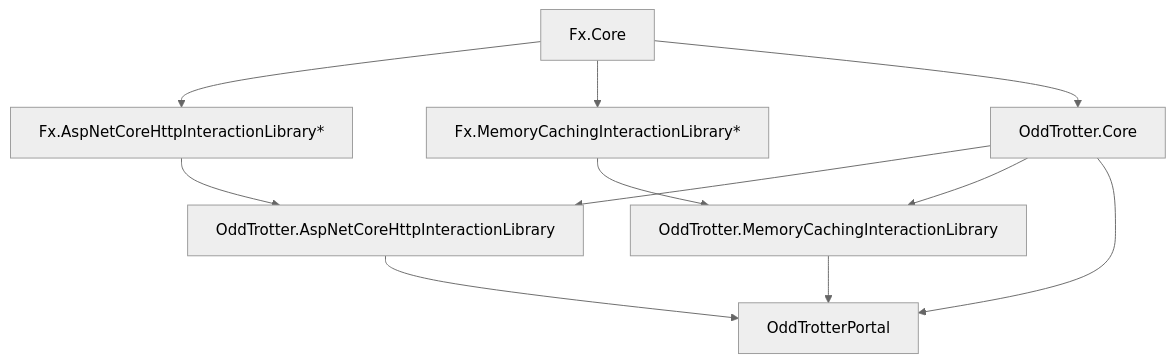
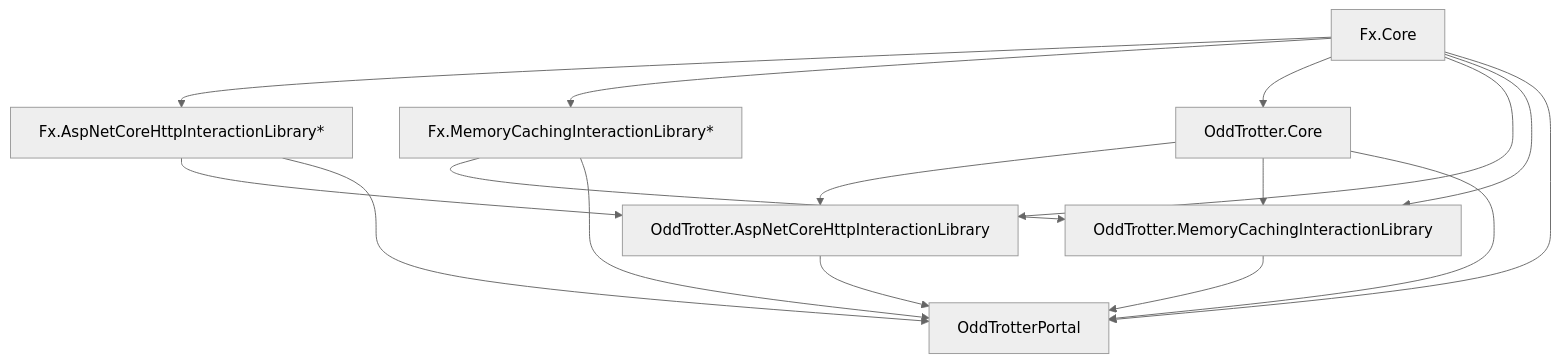
The diagram in dependencies.md (ravudet/OddTrotter2), drawn with Mermaid (neutral theme) before and after one commit.

````diff
--- a/dependencies.md
+++ b/dependencies.md
@@ -14,15 +14,23 @@
 ```mermaid
 graph TD;
     Fx.Core-->Fx.AspNetCoreHttpInteractionLibrary*;
 
     Fx.Core-->Fx.MemoryCachingInteractionLibrary*;
 
     Fx.Core-->OddTrotter.Core;
+
+    Fx.Core-->OddTrotter.AspNetCoreHttpInteractionLibrary;
+    OddTrotter.Core-->OddTrotter.AspNetCoreHttpInteractionLibrary;
     Fx.AspNetCoreHttpInteractionLibrary*-->OddTrotter.AspNetCoreHttpInteractionLibrary;
+
+    Fx.Core-->OddTrotter.MemoryCachingInteractionLibrary;
+    OddTrotter.Core-->OddTrotter.MemoryCachingInteractionLibrary;
     Fx.MemoryCachingInteractionLibrary*-->OddTrotter.MemoryCachingInteractionLibrary;
-    OddTrotter.Core-->OddTrotter.AspNetCoreHttpInteractionLibrary;
-    OddTrotter.Core-->OddTrotter.MemoryCachingInteractionLibrary;
+
+    Fx.Core-->OddTrotterPortal;
+    Fx.AspNetCoreHttpInteractionLibrary*-->OddTrotterPortal;
+    Fx.MemoryCachingInteractionLibrary*-->OddTrotterPortal;
     OddTrotter.Core-->OddTrotterPortal;
     OddTrotter.AspNetCoreHttpInteractionLibrary-->OddTrotterPortal;
     OddTrotter.MemoryCachingInteractionLibrary-->OddTrotterPortal;
 ```
````
